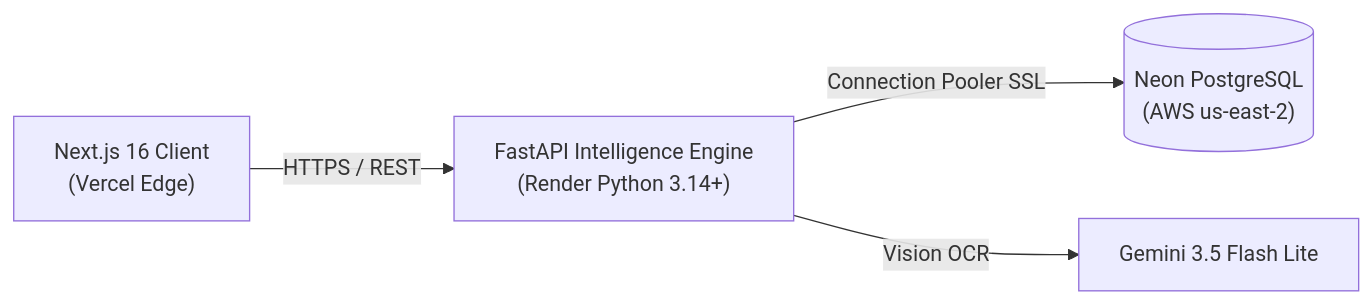
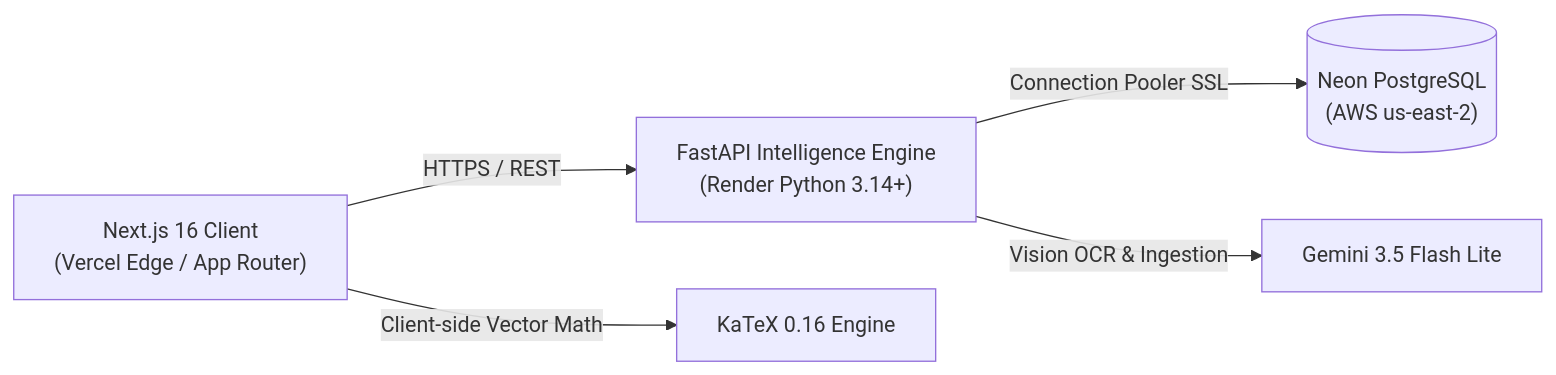
Before and after one commit to namanipie/markmint: the diagram in README.md, drawn with Mermaid. The commit also changed other lines of this file, not shown here.

Commit message:
docs: update README with v2.0 cycle test intelligence, interactive MCQs, KaTeX engine, and printable worksheets

````diff
--- a/README.md
+++ b/README.md
@@ -82,6 +107,7 @@
 ```mermaid
 flowchart LR
-    A["Next.js 16 Client<br/>(Vercel Edge)"] -->|HTTPS / REST| B["FastAPI Intelligence Engine<br/>(Render Python 3.14+)"]
+    A["Next.js 16 Client<br/>(Vercel Edge / App Router)"] -->|HTTPS / REST| B["FastAPI Intelligence Engine<br/>(Render Python 3.14+)"]
     B -->|Connection Pooler SSL| C[("Neon PostgreSQL<br/>(AWS us-east-2)")]
-    B -->|Vision OCR| D["Gemini 3.5 Flash Lite"]
+    B -->|Vision OCR & Ingestion| D["Gemini 3.5 Flash Lite"]
+    A -->|Client-side Vector Math| E["KaTeX 0.16 Engine"]
 ```
````
